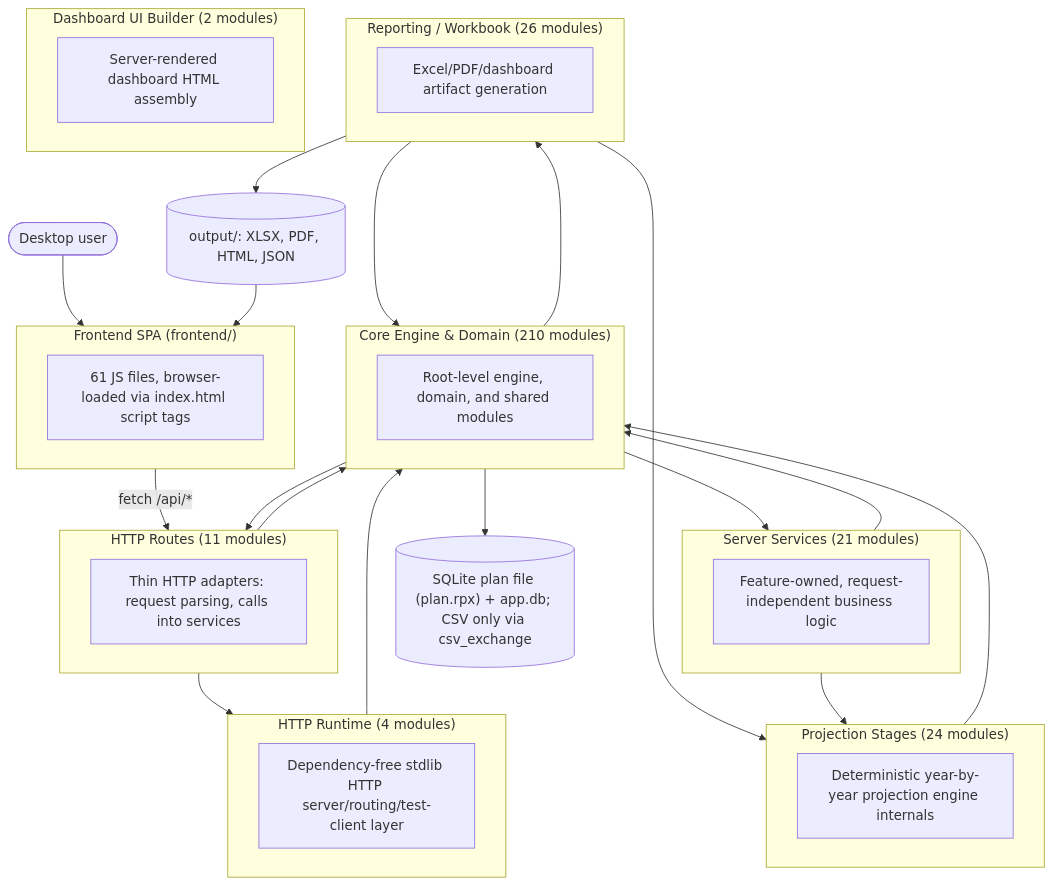
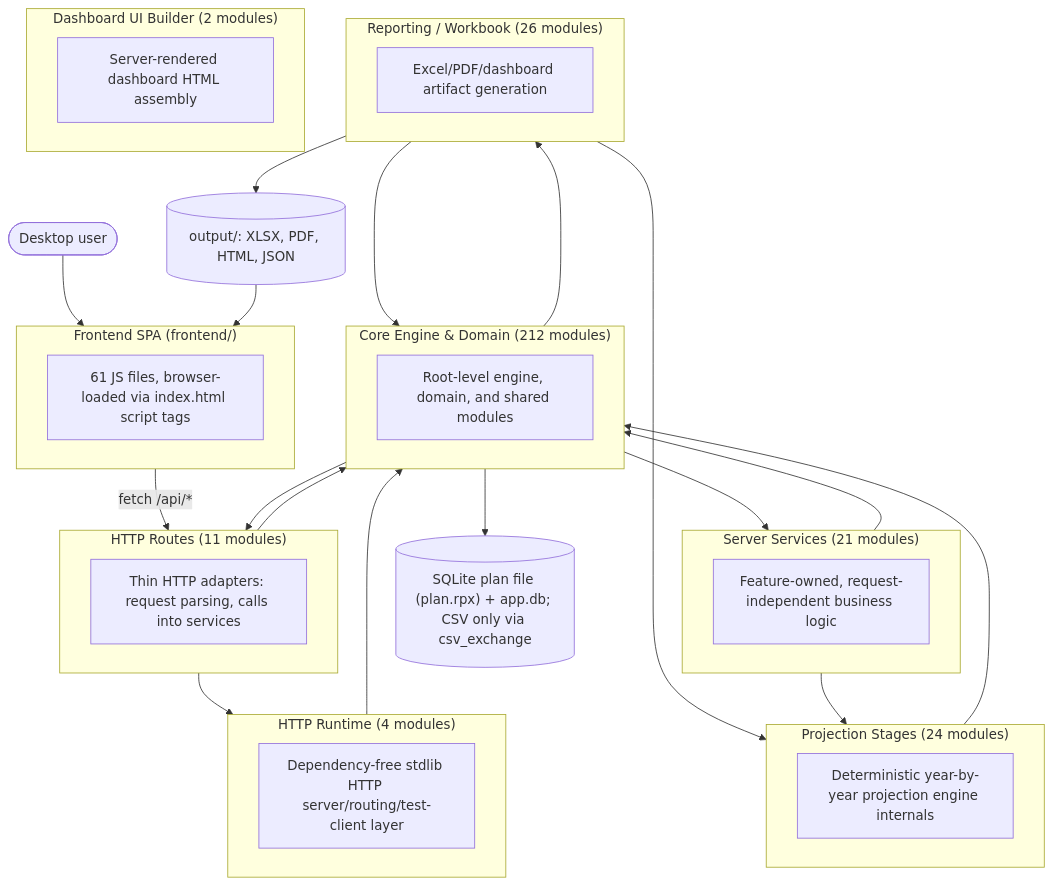
The first of 2 diagrams in documentation/reference/SYSTEM_ARCHITECTURE_DIAGRAM.md (matthartzman/retirement_system), drawn with Mermaid before and after one commit. The commit also changed other lines of this file and 14 other files, not shown here.

First line of the commit message:
Transaction log phase 2: schema v20, repo, service (add/revise/void/transfer)

````diff
--- a/documentation/reference/SYSTEM_ARCHITECTURE_DIAGRAM.md
+++ b/documentation/reference/SYSTEM_ARCHITECTURE_DIAGRAM.md
@@ -11,43 +11,43 @@
 ```mermaid
 flowchart TB
     User(["Desktop user"]) --> FE
     subgraph FE["Frontend SPA (frontend/)"]
         FEcount["61 JS files, browser-loaded via index.html script tags"]
     end
     FE -->|fetch /api/*| L_HTTP_Routes
     subgraph L_HTTP_Routes["HTTP Routes (11 modules)"]
         L_HTTP_Routes_d["Thin HTTP adapters: request parsing, calls into services"]
     end
     subgraph L_Server_Services["Server Services (21 modules)"]
         L_Server_Services_d["Feature-owned, request-independent business logic"]
     end
     subgraph L_HTTP_Runtime["HTTP Runtime (4 modules)"]
         L_HTTP_Runtime_d["Dependency-free stdlib HTTP server/routing/test-client layer"]
     end
-    subgraph L_Core_Engine___Domain["Core Engine & Domain (210 modules)"]
+    subgraph L_Core_Engine___Domain["Core Engine & Domain (212 modules)"]
         L_Core_Engine___Domain_d["Root-level engine, domain, and shared modules"]
     end
     subgraph L_Projection_Stages["Projection Stages (24 modules)"]
         L_Projection_Stages_d["Deterministic year-by-year projection engine internals"]
     end
     subgraph L_Reporting___Workbook["Reporting / Workbook (26 modules)"]
         L_Reporting___Workbook_d["Excel/PDF/dashboard artifact generation"]
     end
     subgraph L_Dashboard_UI_Builder["Dashboard UI Builder (2 modules)"]
         L_Dashboard_UI_Builder_d["Server-rendered dashboard HTML assembly"]
     end
     L_Core_Engine___Domain --> L_HTTP_Routes
     L_Core_Engine___Domain --> L_Reporting___Workbook
     L_Core_Engine___Domain --> L_Server_Services
     L_HTTP_Routes --> L_Core_Engine___Domain
     L_HTTP_Routes --> L_HTTP_Runtime
     L_HTTP_Runtime --> L_Core_Engine___Domain
     L_Projection_Stages --> L_Core_Engine___Domain
     L_Reporting___Workbook --> L_Core_Engine___Domain
     L_Reporting___Workbook --> L_Projection_Stages
     L_Server_Services --> L_Core_Engine___Domain
     L_Server_Services --> L_Projection_Stages
     L_Core_Engine___Domain --> DB[("SQLite plan file (plan.rpx) + app.db; CSV only via csv_exchange")]
     L_Reporting___Workbook --> Outputs[("output/: XLSX, PDF, HTML, JSON")]
     Outputs --> FE
 ```
````
